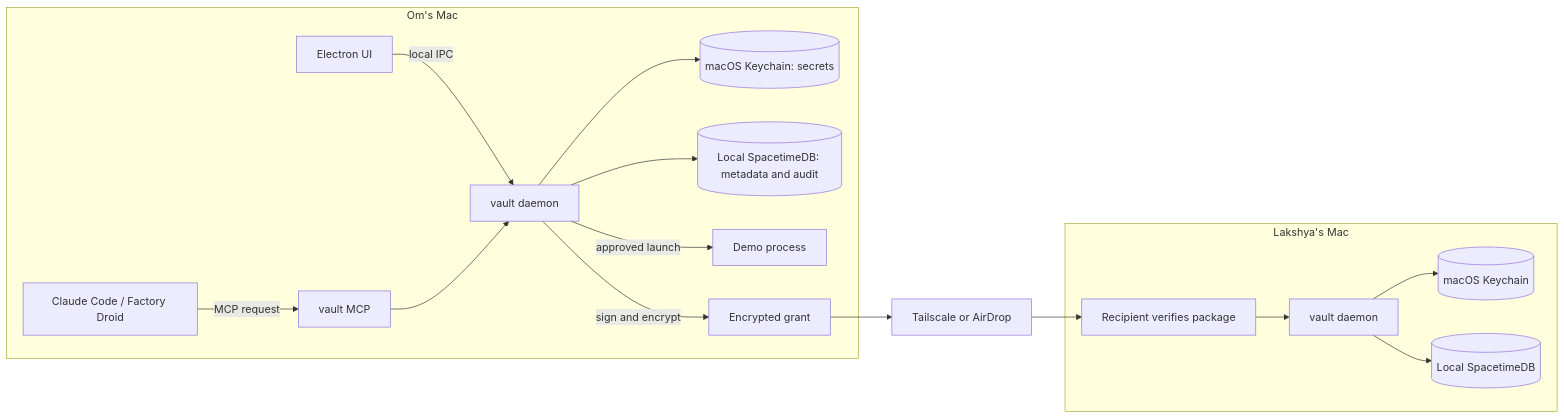
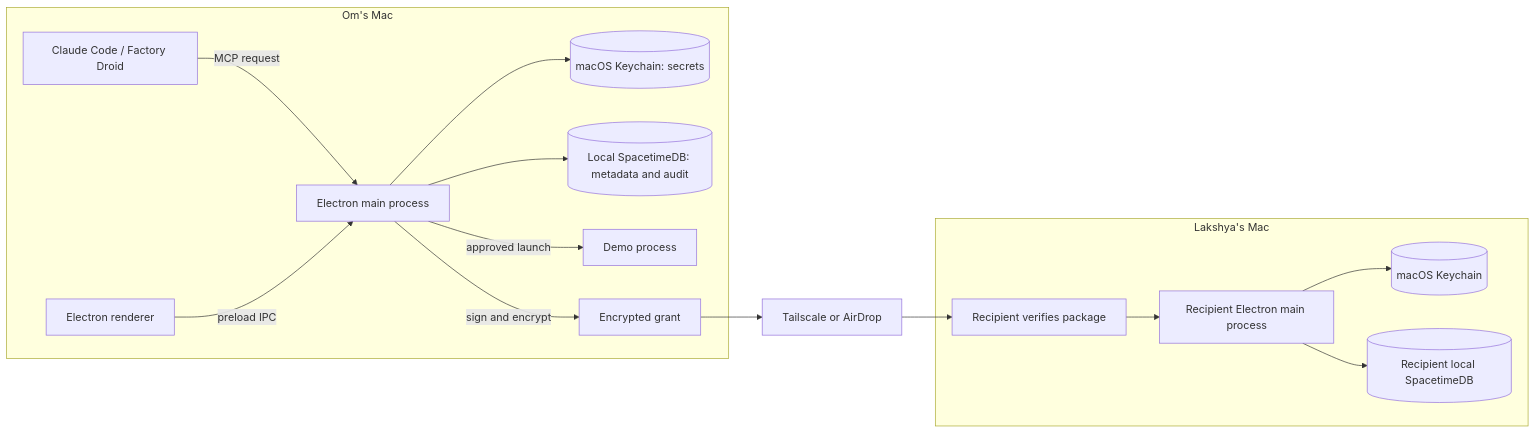
The first of 2 diagrams in docs/architecture.md (LakshyaDhingra/.sct), drawn with Mermaid before and after one commit. The commit also changed other lines of this file and 2 other files, not shown here.

Commit message:
changes to docs & architecture

````diff
--- a/docs/architecture.md
+++ b/docs/architecture.md
@@ -5,19 +5,18 @@
 ```mermaid
 flowchart LR
   subgraph A[Om's Mac]
     Agent[Claude Code / Factory Droid] -->|MCP request| M[vault MCP]
-    UI[Electron UI] -->|local IPC| D[vault daemon]
-    M --> D
-    D --> KC[(macOS Keychain: secrets)]
-    D --> SD[(Local SpacetimeDB: metadata and audit)]
-    D -->|approved launch| App[Demo process]
-    D -->|sign and encrypt| P[Encrypted grant]
+    UI[Electron renderer] -->|preload IPC| M[Electron main process]
+    M --> KC[(macOS Keychain: secrets)]
+    M --> SD[(Local SpacetimeDB: metadata and audit)]
+    M -->|approved launch| App[Demo process]
+    M -->|sign and encrypt| P[Encrypted grant]
   end
   P --> T[Tailscale or AirDrop]
   T --> R[Recipient verifies package]
   subgraph B[Lakshya's Mac]
-    R --> RD[vault daemon]
+    R --> RD[Recipient Electron main process]
     RD --> RK[(macOS Keychain)]
-    RD --> RS[(Local SpacetimeDB)]
+    RD --> RS[(Recipient local SpacetimeDB)]
   end
 ```
````
